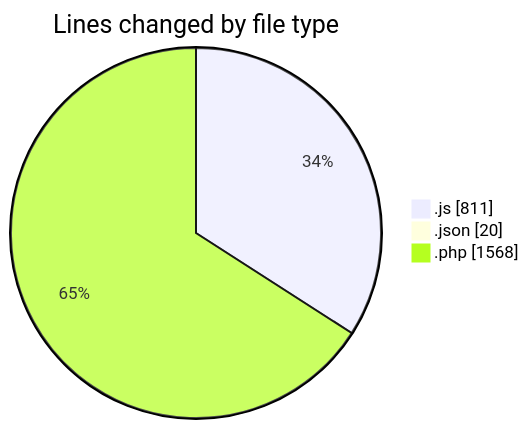
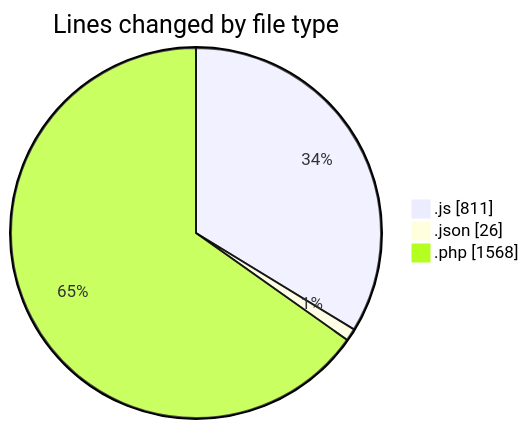
The first of 2 diagrams in 2025-10-01/untitled__workspace_/README.md (debugP/code-tracking), drawn with Mermaid before and after one commit. The commit also changed other lines of this file and 1 other file, not shown here.

````diff
--- a/2025-10-01/untitled__workspace_/README.md
+++ b/2025-10-01/untitled__workspace_/README.md
@@ -24,7 +24,7 @@
 ```mermaid
 pie showData
 title Lines changed by file type
 ".js" : 811
-".json" : 20
+".json" : 26
 ".php" : 1568
 ```
````
